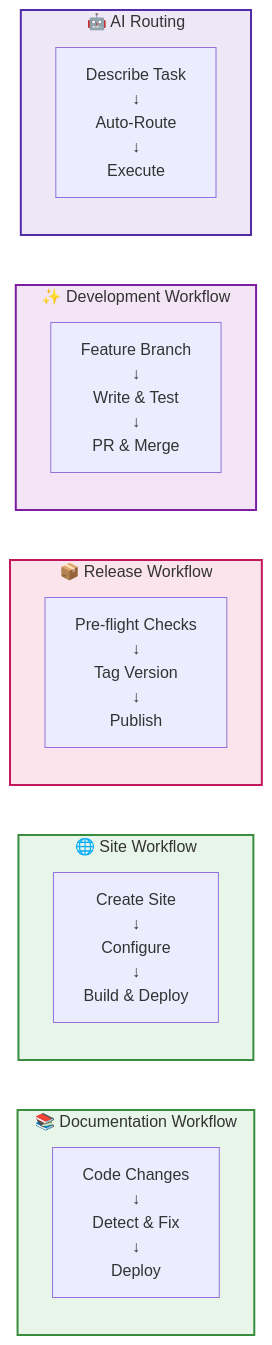
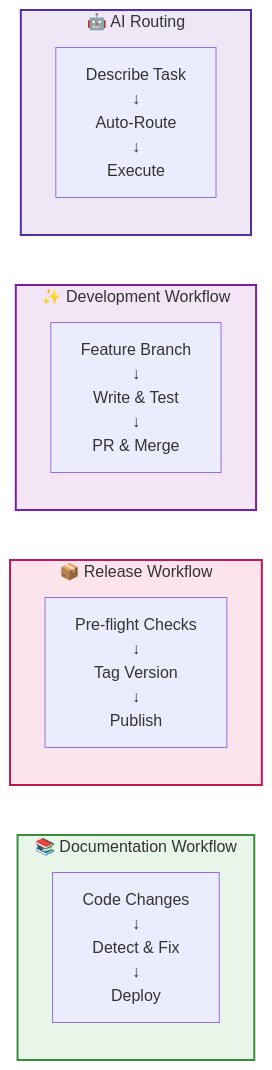
The sixth of 6 diagrams in docs/workflows/index.md (Data-Wise/craft), drawn with Mermaid before and after one commit. The commit also changed other lines of this file and 41 other files, not shown here.

````diff
--- a/docs/workflows/index.md
+++ b/docs/workflows/index.md
@@ -376,28 +306,23 @@
 ```mermaid
 graph LR
     subgraph docs["📚 Documentation Workflow"]
         d1["Code Changes<br/>↓<br/>Detect & Fix<br/>↓<br/>Deploy"]
-    end
-
-    subgraph site["🌐 Site Workflow"]
-        s1["Create Site<br/>↓<br/>Configure<br/>↓<br/>Build & Deploy"]
     end
 
     subgraph release["📦 Release Workflow"]
         r1["Pre-flight Checks<br/>↓<br/>Tag Version<br/>↓<br/>Publish"]
     end
 
     subgraph dev["✨ Development Workflow"]
         dv1["Feature Branch<br/>↓<br/>Write & Test<br/>↓<br/>PR & Merge"]
     end
 
     subgraph route["🤖 AI Routing"]
         rt1["Describe Task<br/>↓<br/>Auto-Route<br/>↓<br/>Execute"]
     end
 
     style docs fill:#e8f5e9,stroke:#388e3c,stroke-width:2px
-    style site fill:#e8f5e9,stroke:#388e3c,stroke-width:2px
     style release fill:#fce4ec,stroke:#c2185b,stroke-width:2px
     style dev fill:#f3e5f5,stroke:#7b1fa2,stroke-width:2px
     style route fill:#ede7f6,stroke:#512da8,stroke-width:2px
 ```
````
